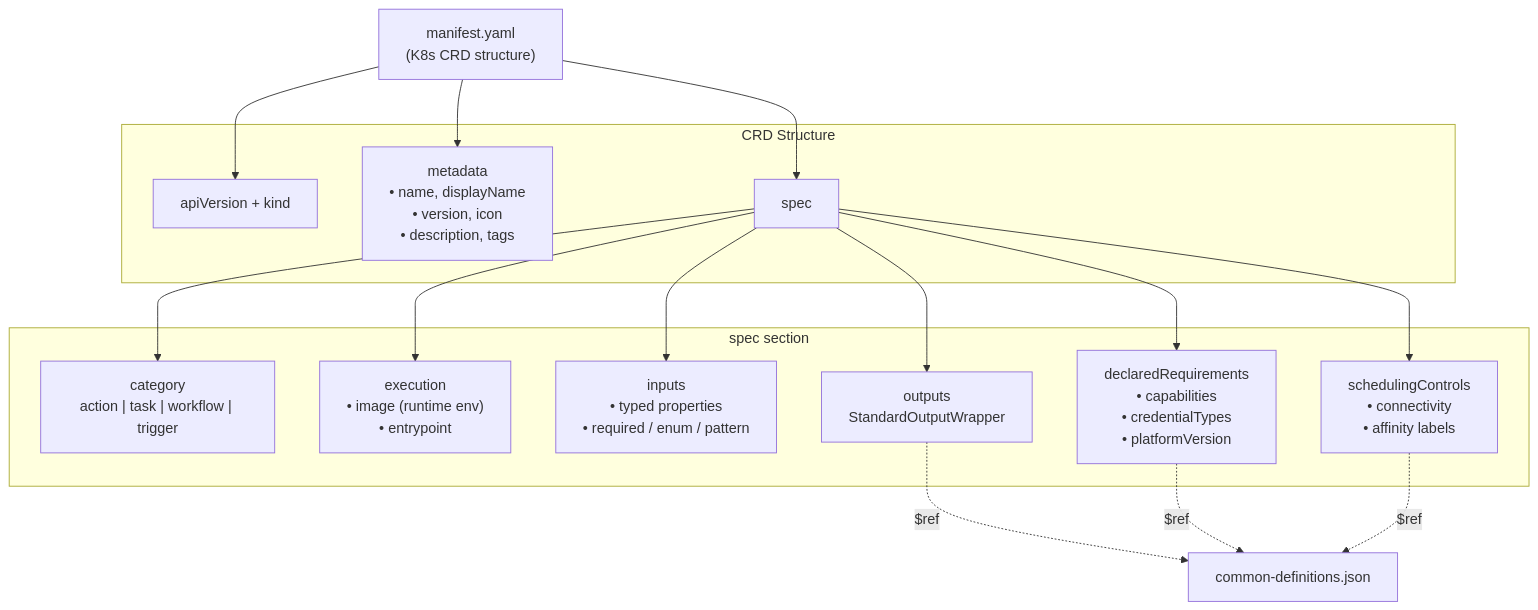
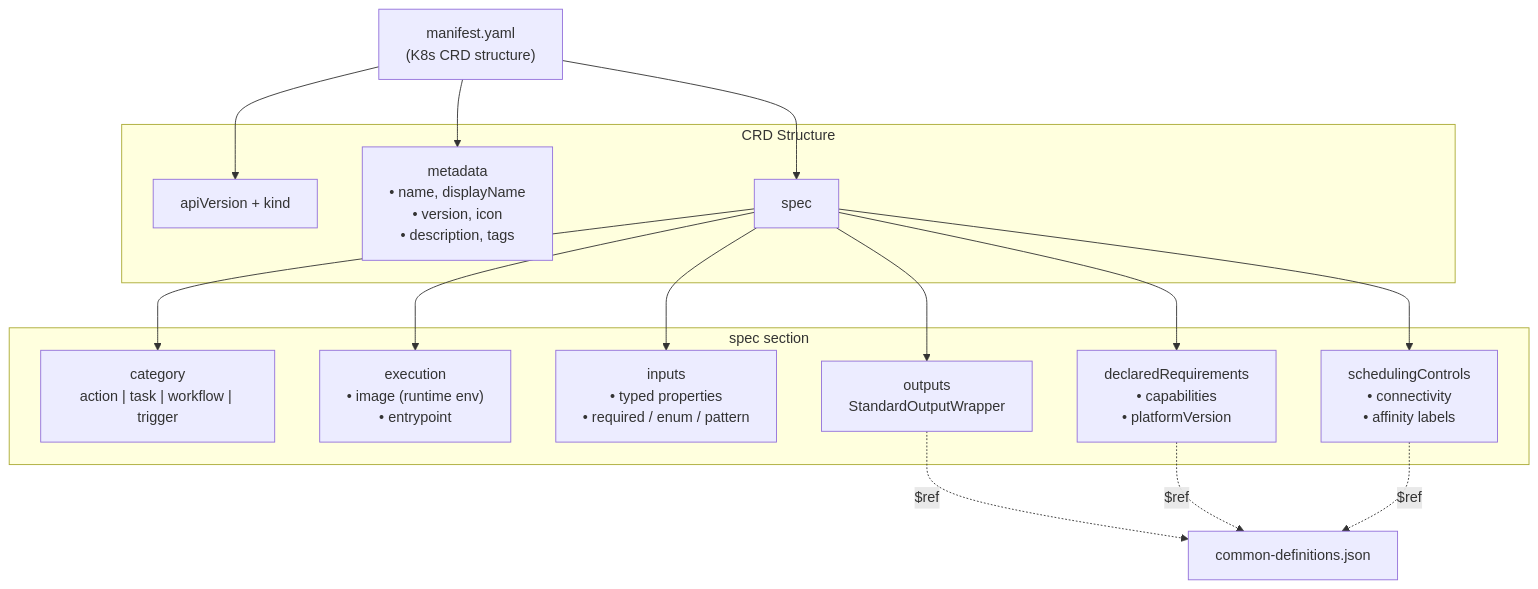
One commit to syntara-orchestration/syntara-node-sdk changed the second of 6 diagrams in docs/architecture.md. Above: the diagram before and after it, drawn with Mermaid. The commit also changed other lines of this file and 13 other files, not shown here.

````diff
--- a/docs/architecture.md
+++ b/docs/architecture.md
@@ -224,33 +221,33 @@
 ```mermaid
 graph TB
     MANIFEST["manifest.yaml<br/>(K8s CRD structure)"]
 
     subgraph CRD["CRD Structure"]
         API["apiVersion + kind"]
         META["metadata<br/>• name, displayName<br/>• version, icon<br/>• description, tags"]
         SPEC["spec"]
     end
 
     subgraph SPEC_CONTENTS["spec section"]
         CLASS["category<br/>action | task | workflow | trigger"]
         EXEC["execution<br/>• image (runtime env)<br/>• entrypoint"]
         INPUTS["inputs<br/>• typed properties<br/>• required / enum / pattern"]
         OUTPUTS["outputs<br/>StandardOutputWrapper"]
-        REQS["declaredRequirements<br/>• capabilities<br/>• credentialTypes<br/>• platformVersion"]
+        REQS["declaredRequirements<br/>• capabilities<br/>• platformVersion"]
         SCHED["schedulingControls<br/>• connectivity<br/>• affinity labels"]
     end
 
     MANIFEST --> API
     MANIFEST --> META
     MANIFEST --> SPEC
     SPEC --> CLASS
     SPEC --> EXEC
     SPEC --> INPUTS
     SPEC --> OUTPUTS
     SPEC --> REQS
     SPEC --> SCHED
 
     OUTPUTS -.->|$ref| CD["common-definitions.json"]
     REQS -.->|$ref| CD
     SCHED -.->|$ref| CD
 ```
````
